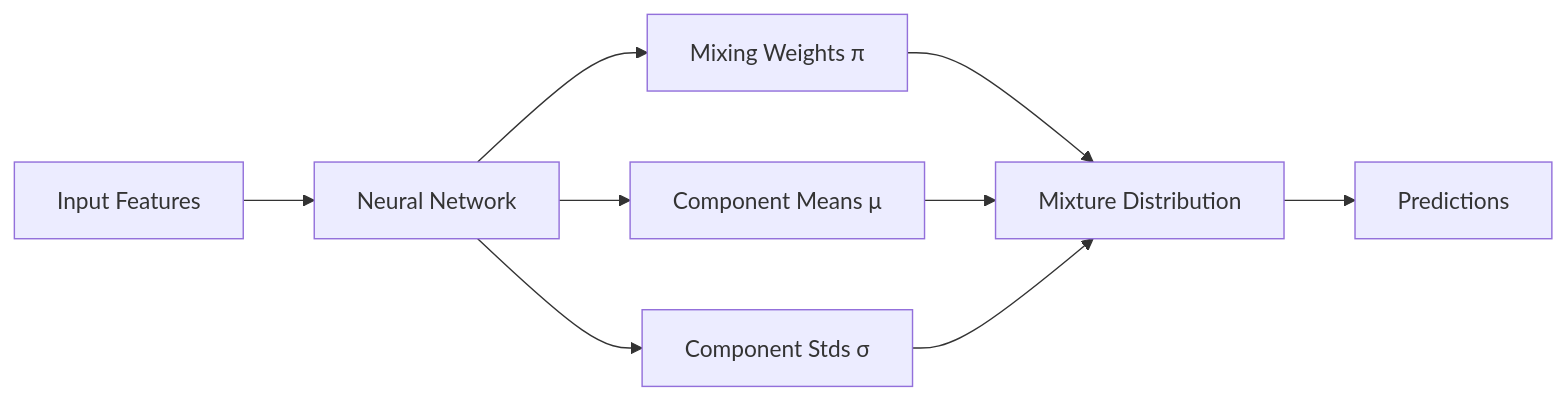
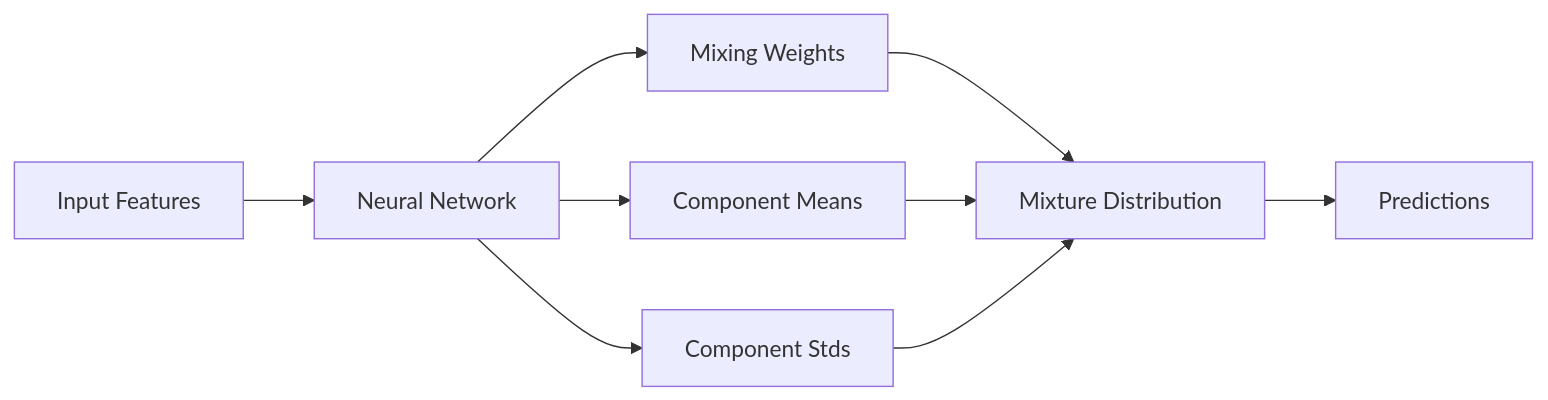
The diagram in docs/api/models/others.md (Pat-Laub/drn), drawn with Mermaid before and after one commit. The commit also changed 2 other files, not shown here.

Commit message:
Simpler mermaid diagrams

````diff
--- a/docs/api/models/others.md
+++ b/docs/api/models/others.md
@@ -87,13 +87,13 @@
 ```mermaid
-flowchart LR
+graph LR
     A[Input Features] --> B[Neural Network]
-    B --> C[Mixing Weights π]
-    B --> D[Component Means μ]
-    B --> E[Component Stds σ]
+    B --> C[Mixing Weights]
+    B --> D[Component Means]
+    B --> E[Component Stds]
     
     C --> F[Mixture Distribution]
     D --> F
     E --> F
     
     F --> G[Predictions]
 ```
````
